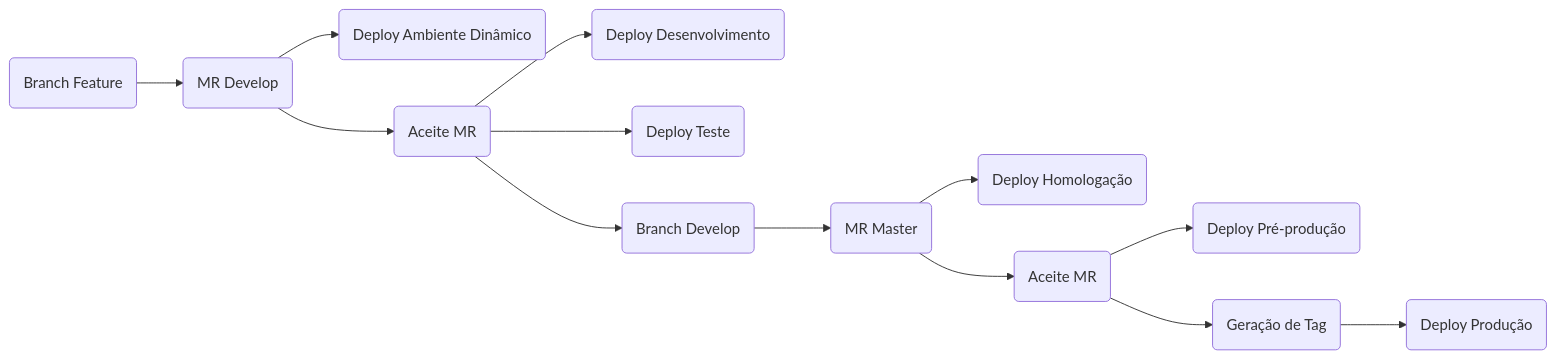
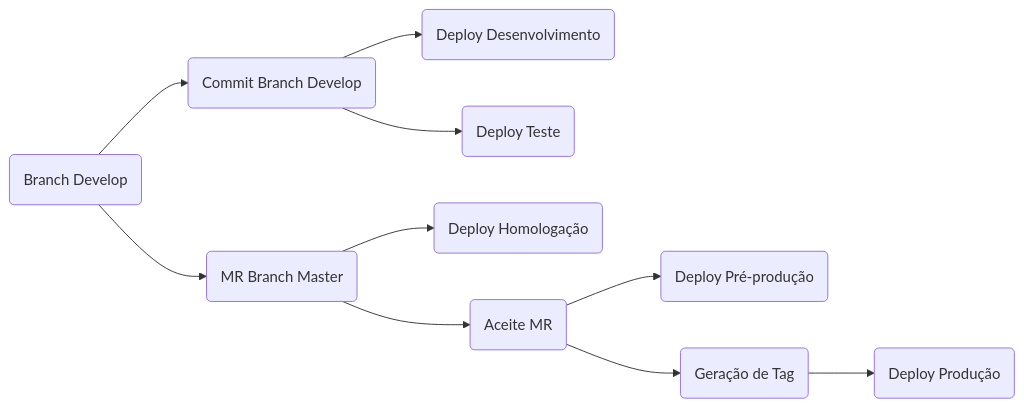
The second of 2 diagrams in cgs/repo-gitlab/pipeline.md (CAPES/guia), drawn with Mermaid before and after one commit. The commit also changed other lines of this file, not shown here.

Commit message:
fix gráfico pipeline

````diff
--- a/cgs/repo-gitlab/pipeline.md
+++ b/cgs/repo-gitlab/pipeline.md
@@ -34,15 +43,12 @@
 ```mermaid
 graph LR
-    B(Branch Feature) --> C(MR Develop)
-    C --> C1(Deploy Ambiente Dinâmico)
-    C --> D(Aceite MR)
-    D --> D1(Deploy Desenvolvimento)
-    D --> D2(Deploy Teste)
-    D --> E(Branch Develop)
-    E --> F(MR Master)
-    F --> F1(Deploy Homologação)
-    F --> G(Aceite MR)
-    G --> G1(Deploy Pré-produção)
-    G --> H(Geração de Tag)
-    H --> I(Deploy Produção)    
+    A(Branch Develop) --> B(MR Branch Master)
+    A --> A1(Commit Branch Develop)
+    A1 --> A2(Deploy Desenvolvimento) 
+    A1 --> A3(Deploy Teste)
+    B --> B1(Deploy Homologação)
+    B --> C(Aceite MR)
+    C --> C1(Deploy Pré-produção)
+    C --> D(Geração de Tag)
+    D --> E(Deploy Produção)    
 ```
````
